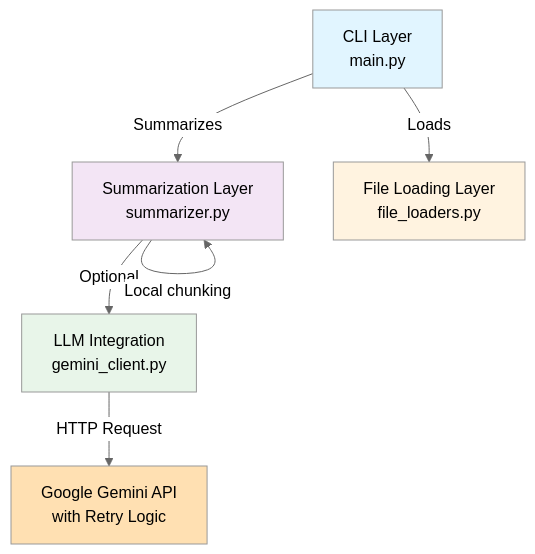
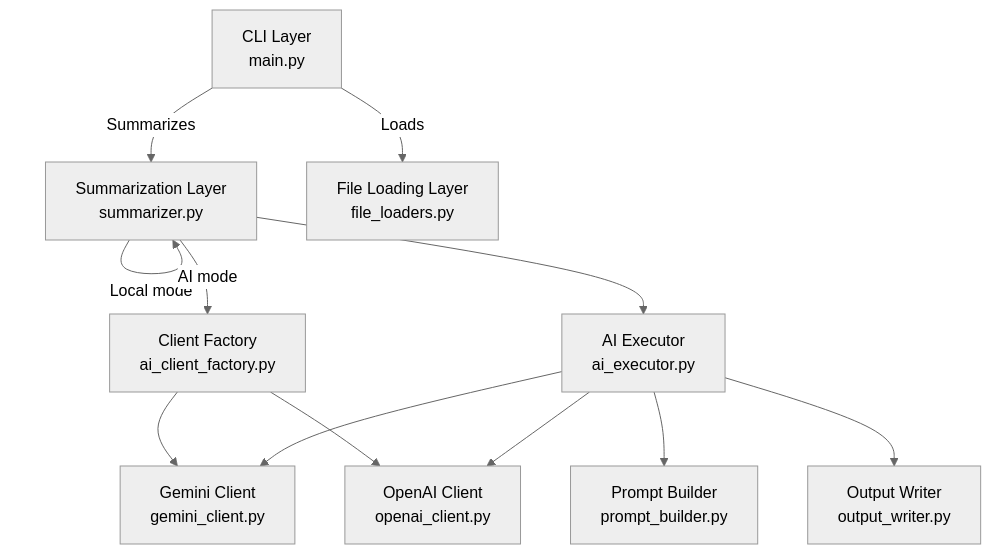
The first of 2 diagrams in technical.md (vpro3611/docalyzer), drawn with Mermaid (neutral theme) before and after one commit. The commit also changed other lines of this file and 1 other file, not shown here.

Commit message:
update: document provider architecture and openai support

````diff
--- a/technical.md
+++ b/technical.md
@@ -9,20 +9,24 @@
 ```mermaid
 graph TD
     CLI["CLI Layer<br/>main.py"]
     SUM["Summarization Layer<br/>summarizer.py"]
-    GEM["LLM Integration<br/>gemini_client.py"]
+    FACTORY["Client Factory<br/>ai_client_factory.py"]
+    EXEC["AI Executor<br/>ai_executor.py"]
+    PROMPT["Prompt Builder<br/>prompt_builder.py"]
+    WRITER["Output Writer<br/>output_writer.py"]
+    GEM["Gemini Client<br/>gemini_client.py"]
+    OAI["OpenAI Client<br/>openai_client.py"]
     FILE["File Loading Layer<br/>file_loaders.py"]
-    
+
     CLI -->|Loads| FILE
     CLI -->|Summarizes| SUM
-    SUM -->|Optional| GEM
-    SUM -->|Local chunking| SUM
-    
-    GEM -->|HTTP Request| GEMINI["Google Gemini API<br/>with Retry Logic"]
-    
-    style CLI fill:#e1f5ff
-    style SUM fill:#f3e5f5
-    style GEM fill:#e8f5e9
-    style FILE fill:#fff3e0
-    style GEMINI fill:#ffe0b2
+    SUM -->|Local mode| SUM
+    SUM -->|AI mode| FACTORY
+    FACTORY --> GEM
+    FACTORY --> OAI
+    SUM --> EXEC
+    EXEC --> PROMPT
+    EXEC --> WRITER
+    EXEC --> GEM
+    EXEC --> OAI
 ```
````
